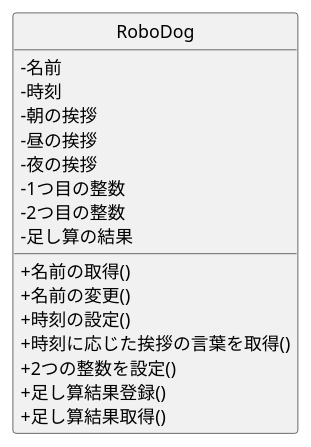
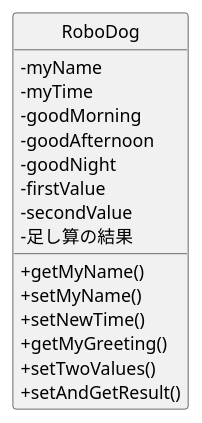
The diagram in 9月16日_資料/9月16日_資料/06_robo_dog/class.pu (n4tuki/OharaUML), drawn with PlantUML before and after one commit. The commit also changed 7 other files, not shown here.

```diff
--- a/9月16日_資料/9月16日_資料/06_robo_dog/class.pu
+++ b/9月16日_資料/9月16日_資料/06_robo_dog/class.pu
@@ -1,24 +1,23 @@
 @startuml Robodogクラス図
 skinparam classAttributeIconSize 0
 hide circle
-
+ 
 class RoboDog {
- -名前
- -時刻
- -朝の挨拶
- -昼の挨拶
- -夜の挨拶
- -1つ目の整数
- -2つ目の整数
- -足し算の結果
-
- +名前の取得()
- +名前の変更()
- +時刻の設定()
- +時刻に応じた挨拶の言葉を取得()
- +2つの整数を設定()
- +足し算結果登録()
- +足し算結果取得()
+-myName
+-myTime
+-goodMorning
+-goodAfternoon
+-goodNight
+-firstValue
+-secondValue
+-足し算の結果
+ 
++getMyName()
++setMyName()
++setNewTime()
++getMyGreeting()
++setTwoValues()
++setAndGetResult()
 }
-
+ 
 @enduml
```
